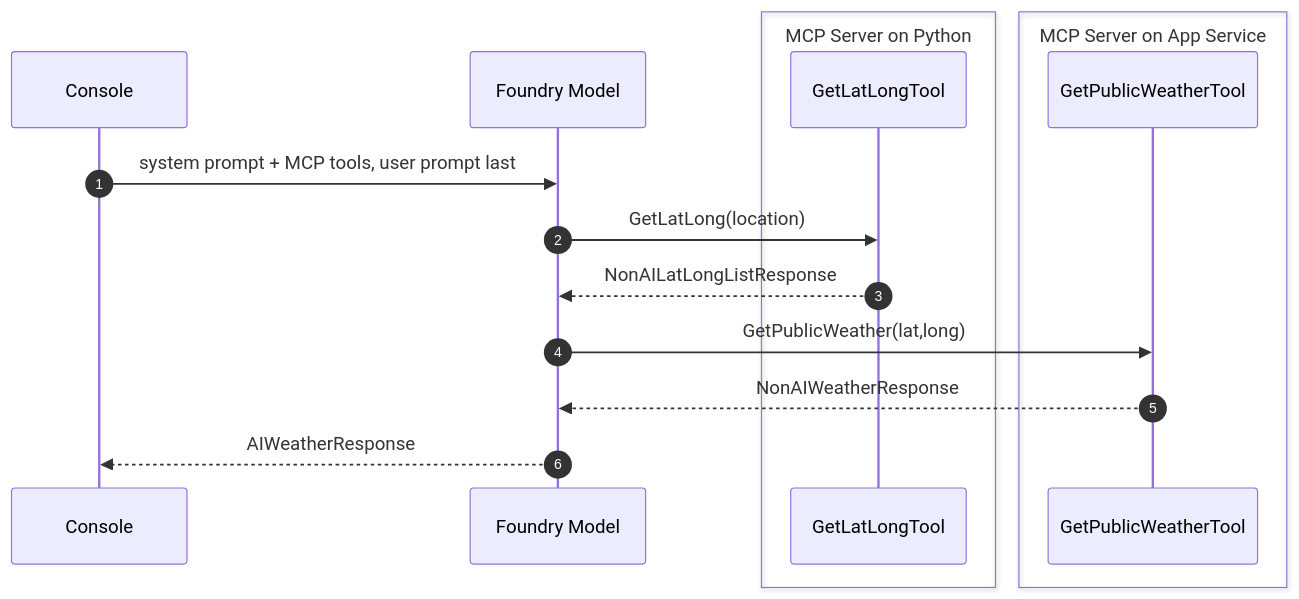
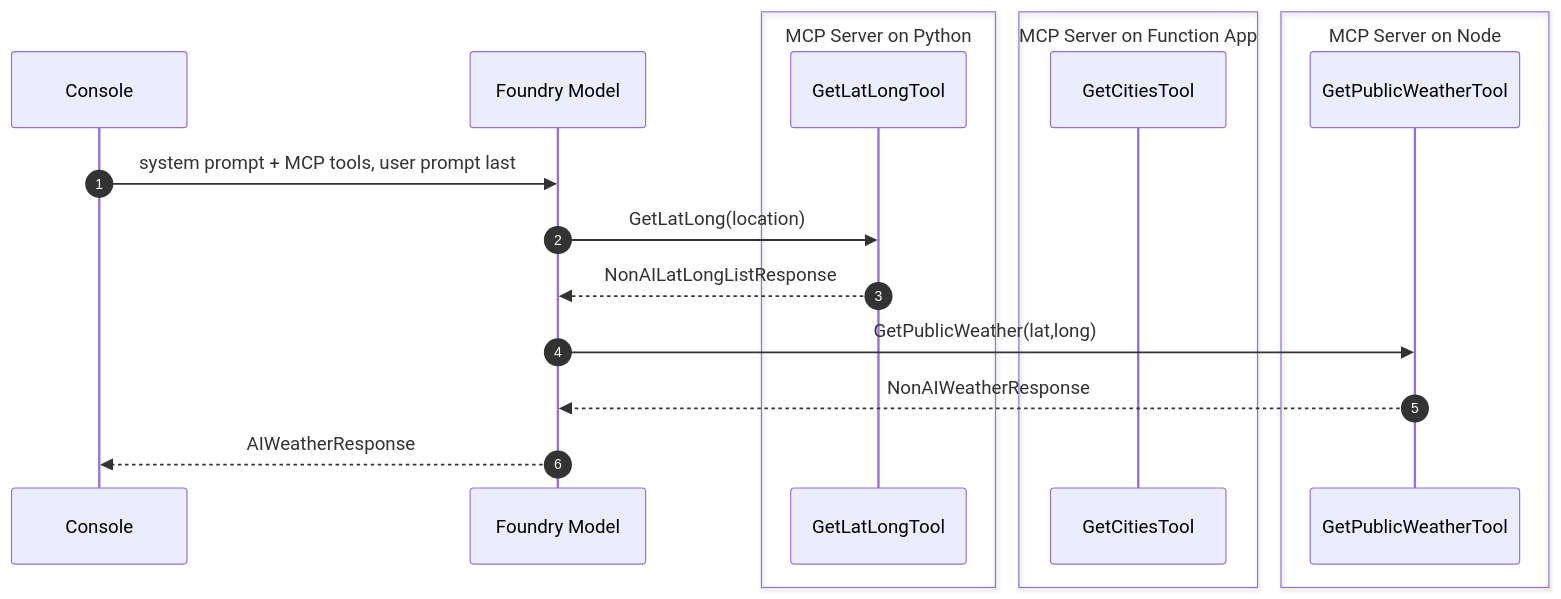
Before and after one commit to dustinkorzaan/weather-1116: the fifth of 8 diagrams in docs/4-demystifying-foundry-agents-mcp/demystifying-foundry-agents-mcp.md, drawn with Mermaid. The commit also changed other lines of this file and 2 other files, not shown here.

First line of the commit message:
docs: fix stale MCP host references after the geo tool swap

````diff
--- a/docs/4-demystifying-foundry-agents-mcp/demystifying-foundry-agents-mcp.md
+++ b/docs/4-demystifying-foundry-agents-mcp/demystifying-foundry-agents-mcp.md
@@ -152,19 +152,22 @@
   ```mermaid
   sequenceDiagram
       autonumber
       participant Console
       participant Model as Foundry Model
       box MCP Server on Python
           participant GetLatLongTool
       end
-      box MCP Server on App Service
+      box MCP Server on Function App
+          participant GetCitiesTool
+      end
+      box MCP Server on Node
           participant GetPublicWeatherTool
       end
 
       Console->>Model: system prompt + MCP tools, user prompt last
       Model->>GetLatLongTool: GetLatLong(location)
       GetLatLongTool-->>Model: NonAILatLongListResponse
       Model->>GetPublicWeatherTool: GetPublicWeather(lat,long)
       GetPublicWeatherTool-->>Model: NonAIWeatherResponse
       Model-->>Console: AIWeatherResponse
   ```
````
